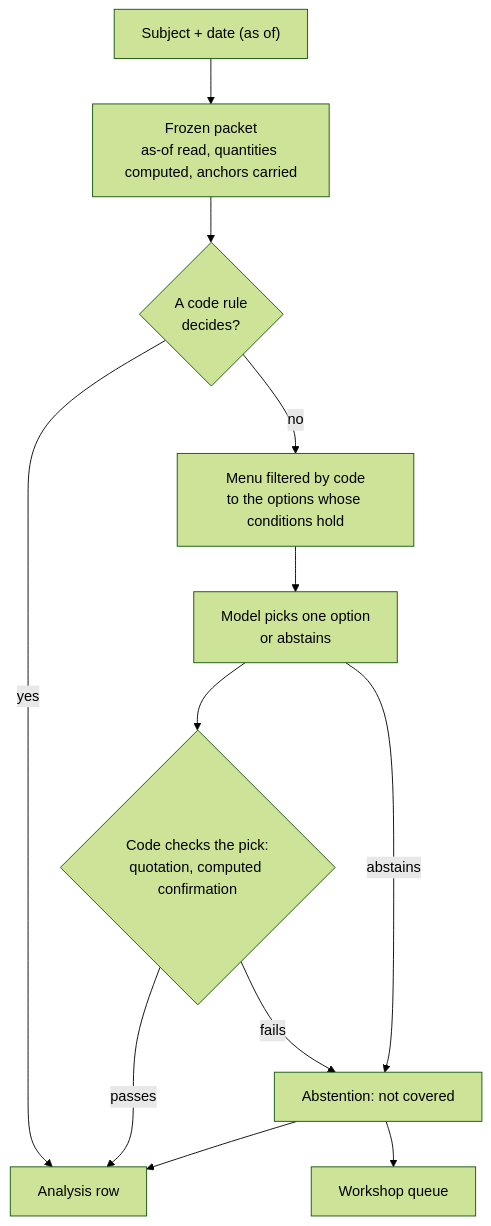
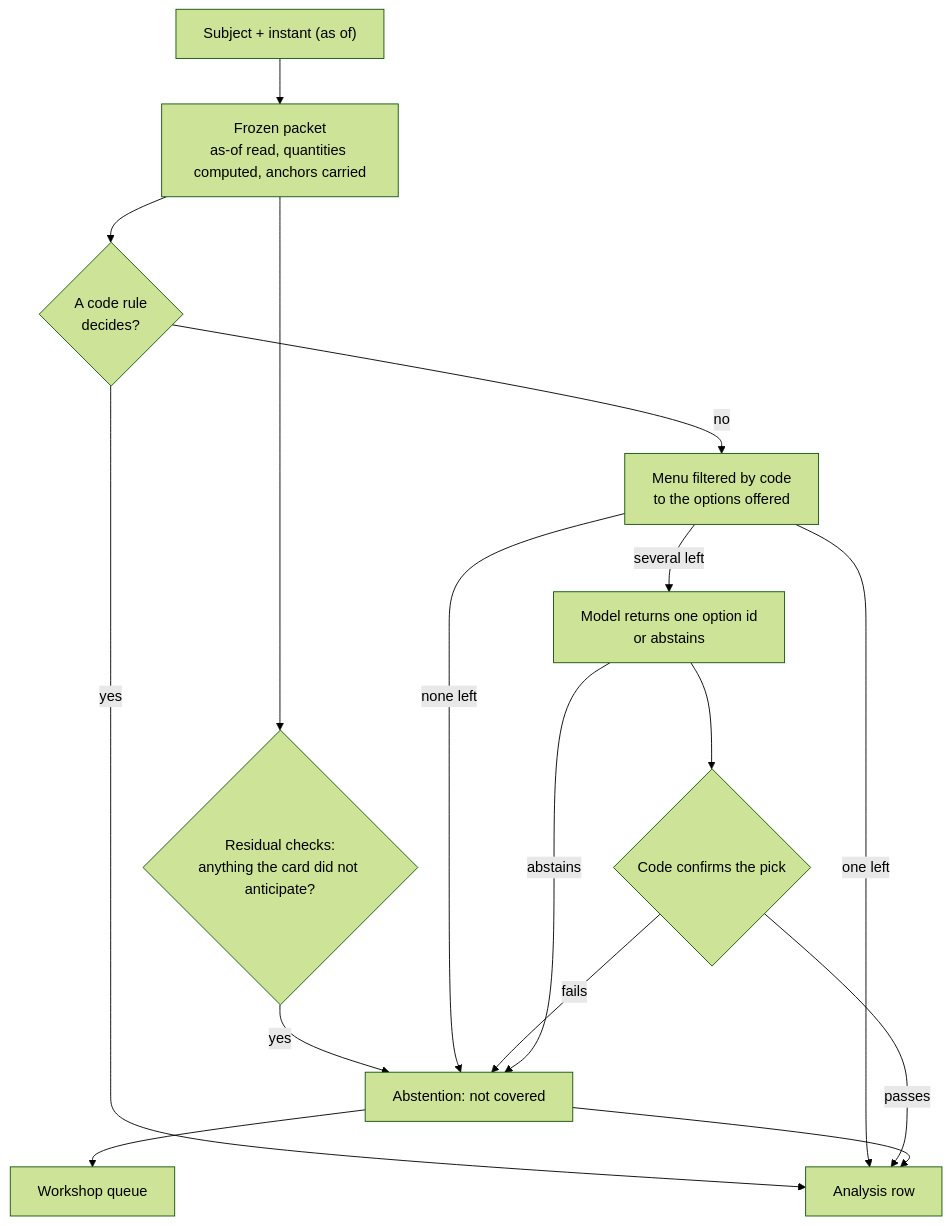
One commit to Sami-Andaloussi/atlas-research changed the diagram in blueprint/L4-analysis.md. Above: the diagram before and after it, drawn with Mermaid (forest theme). The commit also changed other lines of this file and 11 other files, not shown here.

````diff
--- a/blueprint/L4-analysis.md
+++ b/blueprint/L4-analysis.md
@@ -24,14 +26,18 @@
 ```mermaid
 flowchart TD
-    in["Subject + date (as of)"] --> p["Frozen packet<br/>as-of read, quantities computed, anchors carried"]
+    in["Subject + instant (as of)"] --> p["Frozen packet<br/>as-of read, quantities computed, anchors carried"]
+    p --> res{"Residual checks:<br/>anything the card did not anticipate?"}
+    res -->|yes| ab
     p --> r{"A code rule<br/>decides?"}
     r -->|yes| row["Analysis row"]
-    r -->|no| m["Menu filtered by code<br/>to the options whose conditions hold"]
-    m --> c["Model picks one option<br/>or abstains"]
-    c --> k{"Code checks the pick:<br/>quotation, computed confirmation"}
+    r -->|no| m["Menu filtered by code<br/>to the options offered"]
+    m -->|none left| ab["Abstention: not covered"]
+    m -->|one left| row
+    m -->|several left| c["Model returns one option id<br/>or abstains"]
+    c --> k{"Code confirms the pick"}
     k -->|passes| row
-    k -->|fails| ab["Abstention: not covered"]
+    k -->|fails| ab
     c -->|abstains| ab
     ab --> q["Workshop queue"]
     ab --> row
 ```
````
